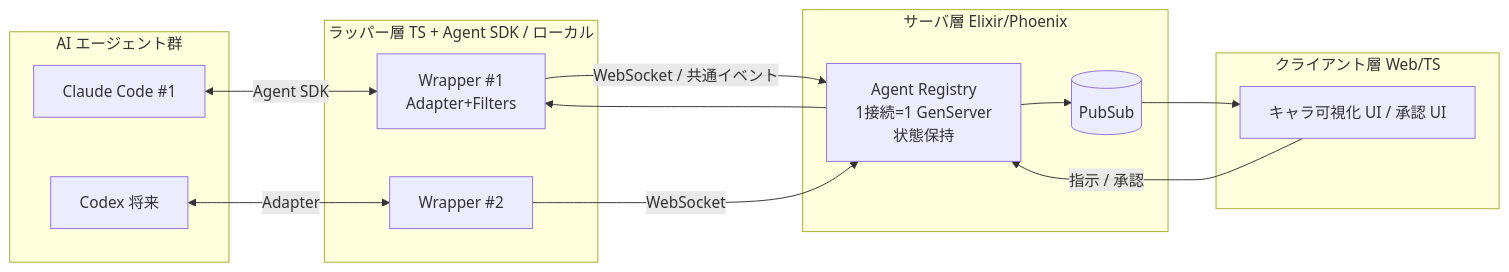
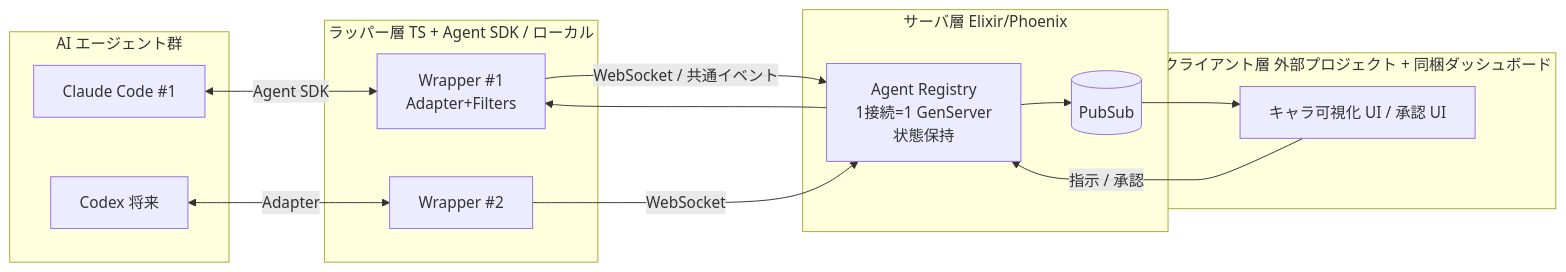
The diagram in docs/specs/architecture.md (sakuraiyuta/kaoiro), drawn with Mermaid before and after one commit. The commit also changed other lines of this file and 11 other files, not shown here.

````diff
--- a/docs/specs/architecture.md
+++ b/docs/specs/architecture.md
@@ -20,24 +20,24 @@
 ```mermaid
 flowchart LR
   subgraph Agents[AI エージェント群]
     CC1[Claude Code #1]
     CX[Codex 将来]
   end
   subgraph Wrappers[ラッパー層 TS + Agent SDK / ローカル]
     W1[Wrapper #1<br/>Adapter+Filters]
     W2[Wrapper #2]
   end
   subgraph Server[サーバ層 Elixir/Phoenix]
     REG[Agent Registry<br/>1接続=1 GenServer<br/>状態保持]
     PS[(PubSub)]
   end
-  subgraph Clients[クライアント層 Web/TS]
+  subgraph Clients[クライアント層 外部プロジェクト + 同梱ダッシュボード]
     UI[キャラ可視化 UI / 承認 UI]
   end
   CC1 <-->|Agent SDK| W1
   CX  <-->|Adapter| W2
   W1 -- WebSocket / 共通イベント --> REG
   W2 -- WebSocket --> REG
   REG --> PS --> UI
   UI -- 指示 / 承認 --> REG --> W1
 ```
````
